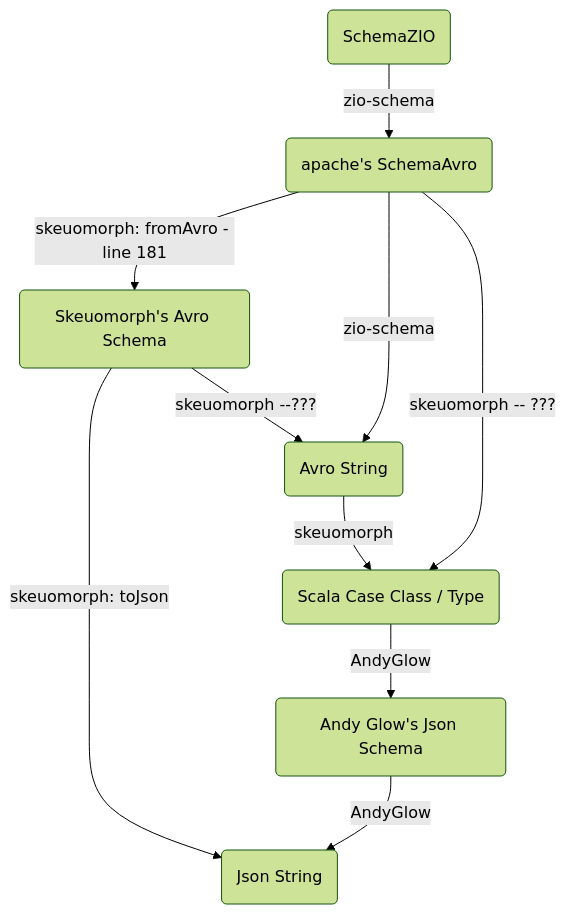
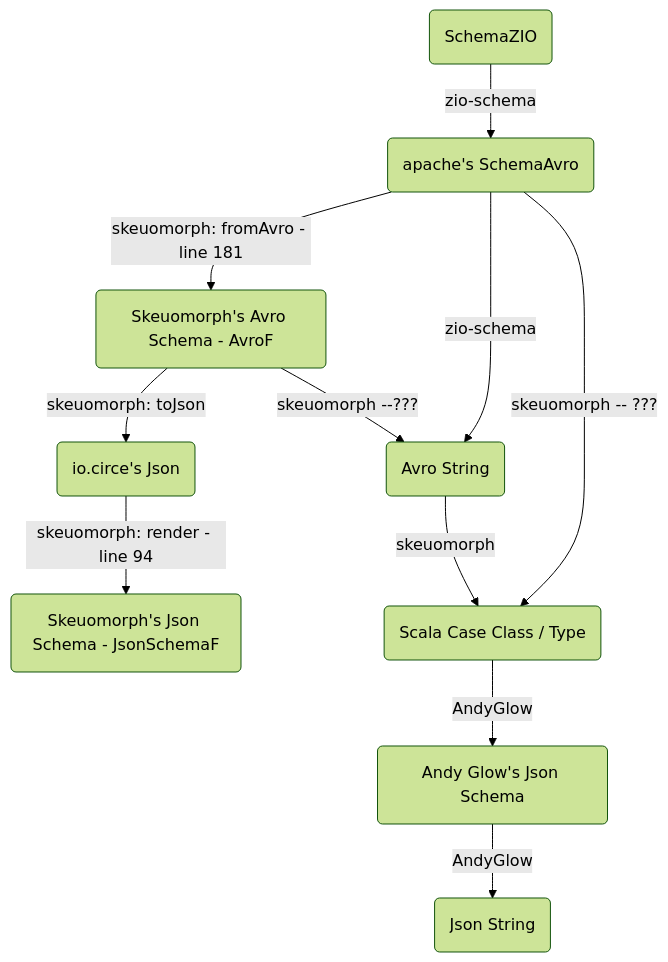
One commit to statisticallyfit/ScalaZIOSchemorphicStream changed the diagram in README.md. Above: the diagram before and after it, drawn with Mermaid (forest theme). The commit also changed other lines of this file and 2 other files, not shown here.

Commit message:
added jsonschemaF in readme and trying to print out skeuomorph avro-schema conversion example from tests

````diff
--- a/README.md
+++ b/README.md
@@ -59,13 +71,14 @@
 ```mermaid
 flowchart TD
-    SK(Skeuomorph's Avro Schema) -->|skeuomorph: toJson| J(Json String)
-    SK(Skeuomorph's Avro Schema) -->|skeuomorph --???| A(Avro String)
-    SA(apache's SchemaAvro) -->|skeuomorph: fromAvro - line 181| SK(Skeuomorph's Avro Schema)
+    SK(Skeuomorph's Avro Schema - AvroF) -->|skeuomorph: toJson| SIJ(io.circe's Json)
+    SIJ(io.circe's Json) -->|skeuomorph: render - line 94| SJ(Skeuomorph's Json Schema - JsonSchemaF)
+    SK(Skeuomorph's Avro Schema - AvroF) -->|skeuomorph --???| A(Avro String)
+    SA(apache's SchemaAvro) -->|skeuomorph: fromAvro - line 181| SK(Skeuomorph's Avro Schema - AvroF)
     SZ(SchemaZIO) -->|zio-schema| SA(apache's SchemaAvro)
     SA(apache's SchemaAvro) -->|zio-schema| A(Avro String)
     SA(apache's SchemaAvro) -->|skeuomorph -- ???| C(Scala Case Class / Type)
     A(Avro String) -->|skeuomorph| C(Scala Case Class / Type)
-    C(Scala Case Class / Type) -->|AndyGlow| SJ(Andy Glow's Json Schema)
-    SJ(Andy Glow's Json Schema) -->|AndyGlow| J(Json String)
+    C(Scala Case Class / Type) -->|AndyGlow| SGJ(Andy Glow's Json Schema)
+    SGJ(Andy Glow's Json Schema) -->|AndyGlow| J(Json String)
 
 ```
````
